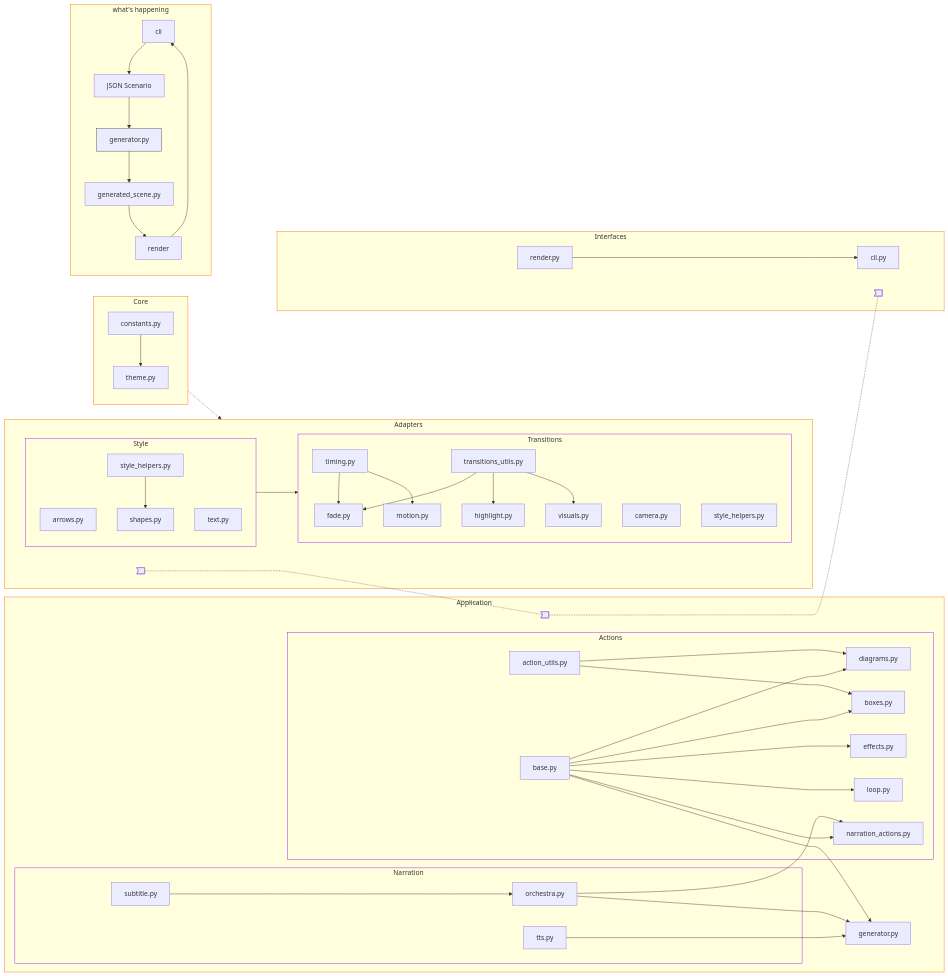
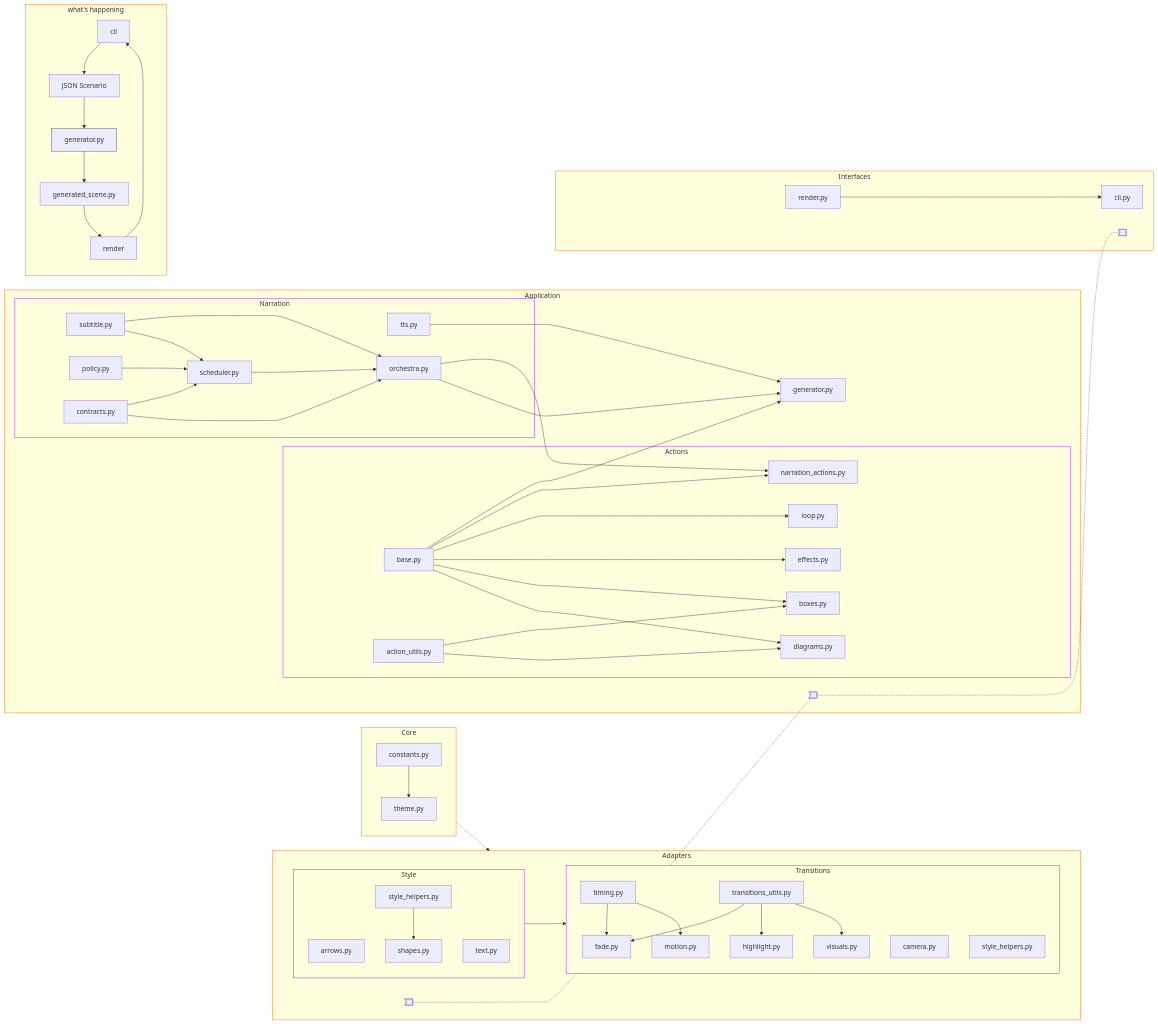
The diagram in README.md (cosmicdeveloper-lab/CosmicAnimator), drawn with Mermaid before and after one commit.

Commit message:
docs: update README Mermaid structure diagram

```diff
--- a/README.md
+++ b/README.md
@@ -58,6 +58,9 @@
         NV["tts.py"]
         NS["subtitle.py"]
         NG["orchestra.py"]
+        PL["policy.py"]
+        SCH[scheduler.py]
+        CN[contracts.py]
   end
  subgraph Application["Application"]
         Actions
@@ -83,6 +86,11 @@
     TM --> TF & TMN
     AC --> AC2 & AC3 & AC4 & AC5 & AC6 & G
     AC1 --> AC2 & AC3
+    NS --> SCH
+    PL --> SCH
+    SCH --> NG
+    CN --> NG
+    CN --> SCH
     NS --> NG
     NV --> G
     NG --> G & AC6
```
